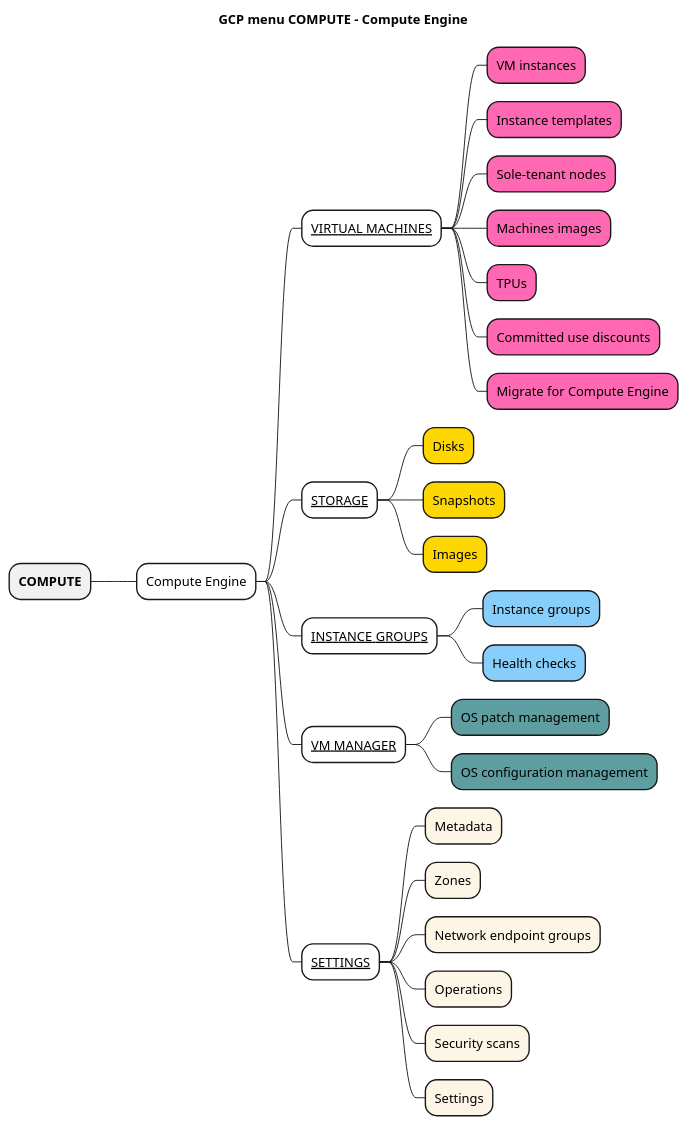
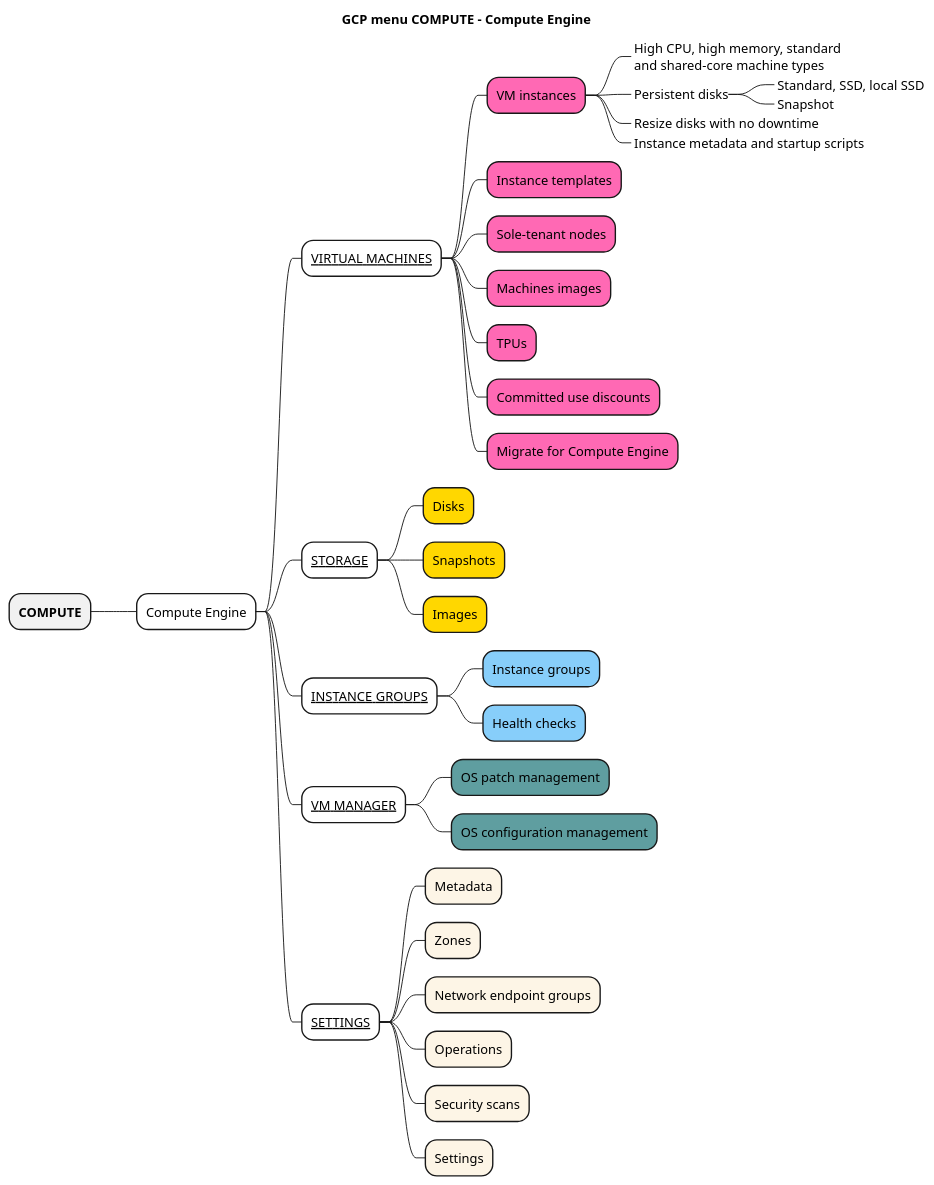
The diagram in gcp/img/gcp_menu2_compute_ce.puml (pham-anh/learn-lpic), drawn with PlantUML before and after one commit. The commit also changed 9 other files, not shown here.

```diff
--- a/gcp/img/gcp_menu2_compute_ce.puml
+++ b/gcp/img/gcp_menu2_compute_ce.puml
@@ -1,37 +1,43 @@
 @startmindmap
 title GCP menu COMPUTE - Compute Engine
 
 * **COMPUTE**
 **[#White] Compute Engine
 
 ***[#White] __VIRTUAL MACHINES__
 ****[#HotPink] VM instances
+*****_ High CPU, high memory, standard \nand shared-core machine types
+*****_ Persistent disks
+******_ Standard, SSD, local SSD
+******_ Snapshot
+*****_ Resize disks with no downtime
+*****_ Instance metadata and startup scripts
 ****[#HotPink] Instance templates
 ****[#HotPink] Sole-tenant nodes
 ****[#HotPink] Machines images
 ****[#HotPink] TPUs
 ****[#HotPink] Committed use discounts
 ****[#HotPink] Migrate for Compute Engine
 
 ***[#White] __STORAGE__
 ****[#Gold] Disks
 ****[#Gold] Snapshots
 ****[#Gold] Images
 
 ***[#White] __INSTANCE GROUPS__
 ****[#LightSkyBlue] Instance groups
 ****[#LightSkyBlue] Health checks
 
 ***[#White] __VM MANAGER__
 ****[#CadetBlue] OS patch management
 ****[#CadetBlue] OS configuration management
 
 ***[#White] __SETTINGS__
 ****[#OldLace] Metadata
 ****[#OldLace] Zones
 ****[#OldLace] Network endpoint groups
 ****[#OldLace] Operations
 ****[#OldLace] Security scans
 ****[#OldLace] Settings
 
 @endmindmap
```
